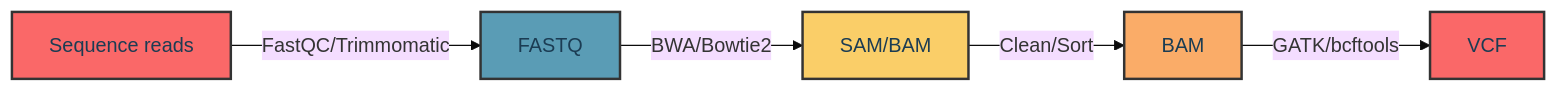
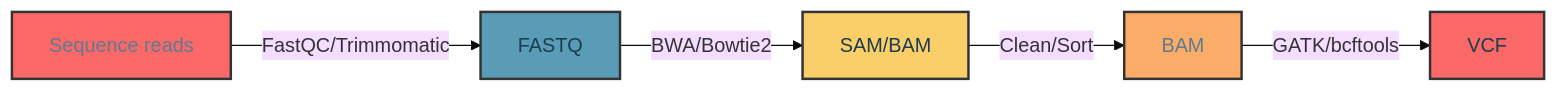
The diagram in lessons/day2-shortread-1.md (ColonnaLab/LongReadSeqDataAnalysis), drawn with Mermaid (base theme) before and after one commit. The commit also changed other lines of this file, not shown here.

`````diff
--- a/lessons/day2-shortread-1.md
+++ b/lessons/day2-shortread-1.md
@@ -34,14 +5,14 @@
 ````mermaid
 graph LR
     A[Sequence reads] -->|FastQC/Trimmomatic| B[FASTQ]
     B -->|BWA/Bowtie2| C[SAM/BAM]
     C -->|Clean/Sort| D[BAM]
     D -->|GATK/bcftools| E[VCF]
     
-    style A fill:#FA6868,stroke:#333,stroke-width:2px,color:#1B3C53
+    style A fill:#FA6868,stroke:#333,stroke-width:2px,color:#607B8F
     style B fill:#5A9CB5,stroke:#333,stroke-width:2px,color:#1B3C53
     style C fill:#FACE68,stroke:#333,stroke-width:2px,color:#1B3C53
-    style D fill:#FAAC68,stroke:#333,stroke-width:2px,color:#1B3C53
+    style D fill:#FAAC68,stroke:#333,stroke-width:2px,color:#607B8F
     style E fill:#FA6868,stroke:#333,stroke-width:2px,color:#1B3C53
 
 ````
`````
